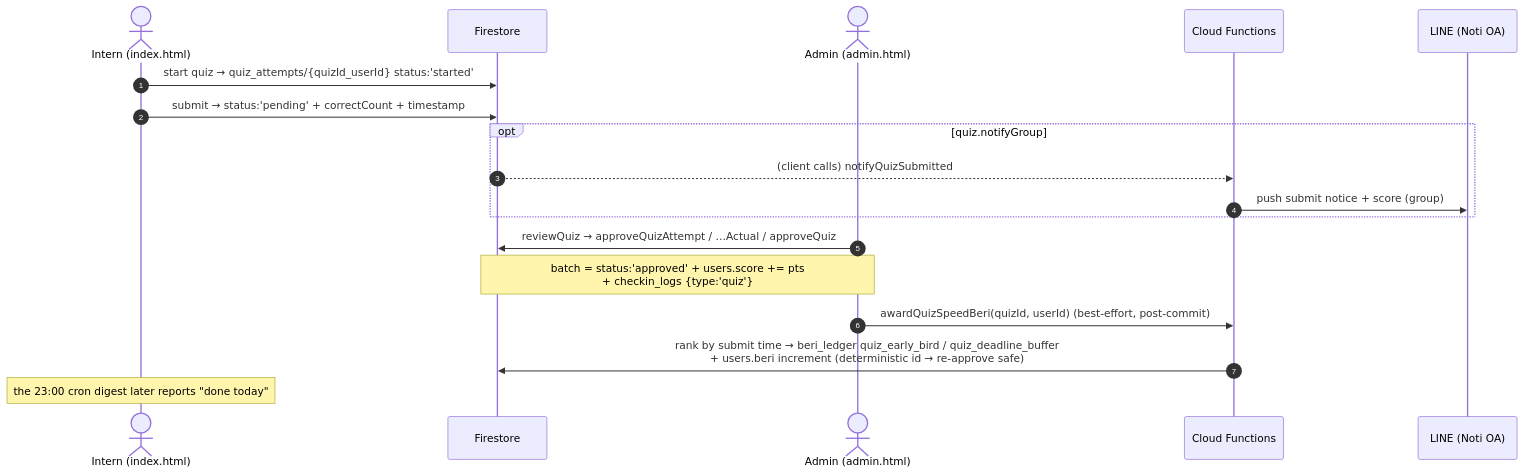
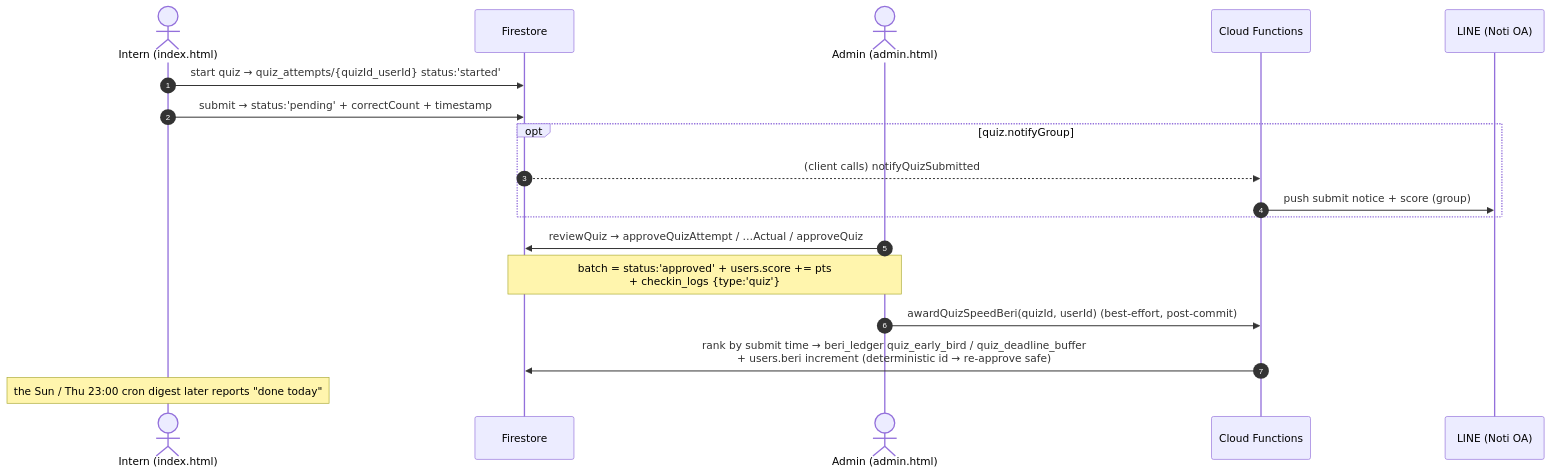
One commit to mlpditto/INTERN-PORT changed the third of 6 diagrams in docs/ARCHITECTURE.md. Above: the diagram before and after it, drawn with Mermaid. The commit also changed other lines of this file and 10 other files, not shown here.

````diff
--- a/docs/ARCHITECTURE.md
+++ b/docs/ARCHITECTURE.md
@@ -163,21 +163,21 @@
 ```mermaid
 sequenceDiagram
     autonumber
     actor I as Intern (index.html)
     participant FS as Firestore
     actor A as Admin (admin.html)
     participant FN as Cloud Functions
     participant L as LINE (Noti OA)
 
     I->>FS: start quiz → quiz_attempts/{quizId_userId} status:'started'
     I->>FS: submit → status:'pending' + correctCount + timestamp
     opt quiz.notifyGroup
         FS-->>FN: (client calls) notifyQuizSubmitted
         FN->>L: push submit notice + score (group)
     end
     A->>FS: reviewQuiz → approveQuizAttempt / …Actual / approveQuiz
     Note over A,FS: batch = status:'approved' + users.score += pts<br/>+ checkin_logs {type:'quiz'}
     A->>FN: awardQuizSpeedBeri(quizId, userId)  (best-effort, post-commit)
     FN->>FS: rank by submit time → beri_ledger quiz_early_bird / quiz_deadline_buffer<br/>+ users.beri increment  (deterministic id → re-approve safe)
-    Note over I: the 23:00 cron digest later reports "done today"
+    Note over I: the Sun / Thu 23:00 cron digest later reports "done today"
 ```
````
